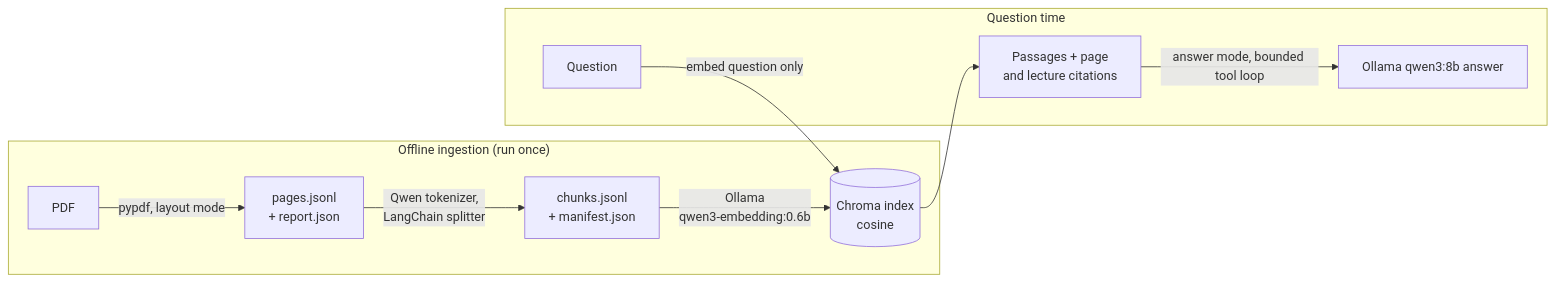
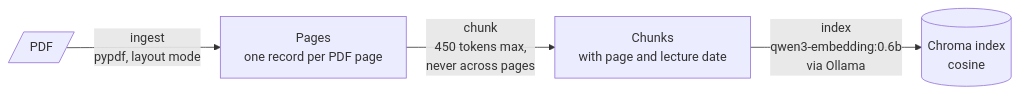
Before and after one commit to Geodego/spinoza-rag: the first of 2 diagrams in README.md, drawn with Mermaid. The commit also changed other lines of this file and 3 other files, not shown here.

````diff
--- a/README.md
+++ b/README.md
@@ -38,13 +39,6 @@
 ```mermaid
 flowchart LR
-    subgraph offline["Offline ingestion (run once)"]
-        A[PDF] -->|pypdf, layout mode| B[pages.jsonl<br/>+ report.json]
-        B -->|Qwen tokenizer,<br/>LangChain splitter| C[chunks.jsonl<br/>+ manifest.json]
-        C -->|Ollama<br/>qwen3-embedding:0.6b| D[(Chroma index<br/>cosine)]
-    end
-    subgraph query["Question time"]
-        Q[Question] -->|embed question only| D
-        D --> R[Passages + page<br/>and lecture citations]
-        R -->|answer mode, bounded tool loop| L[Ollama qwen3:8b answer]
-    end
+    A[/"PDF"/] -->|"ingest<br/>pypdf, layout mode"| B["Pages<br/>one record per PDF page"]
+    B -->|"chunk<br/>450 tokens max,<br/>never across pages"| C["Chunks<br/>with page and lecture date"]
+    C -->|"index<br/>qwen3-embedding:0.6b<br/>via Ollama"| D[("Chroma index<br/>cosine")]
 ```
````
